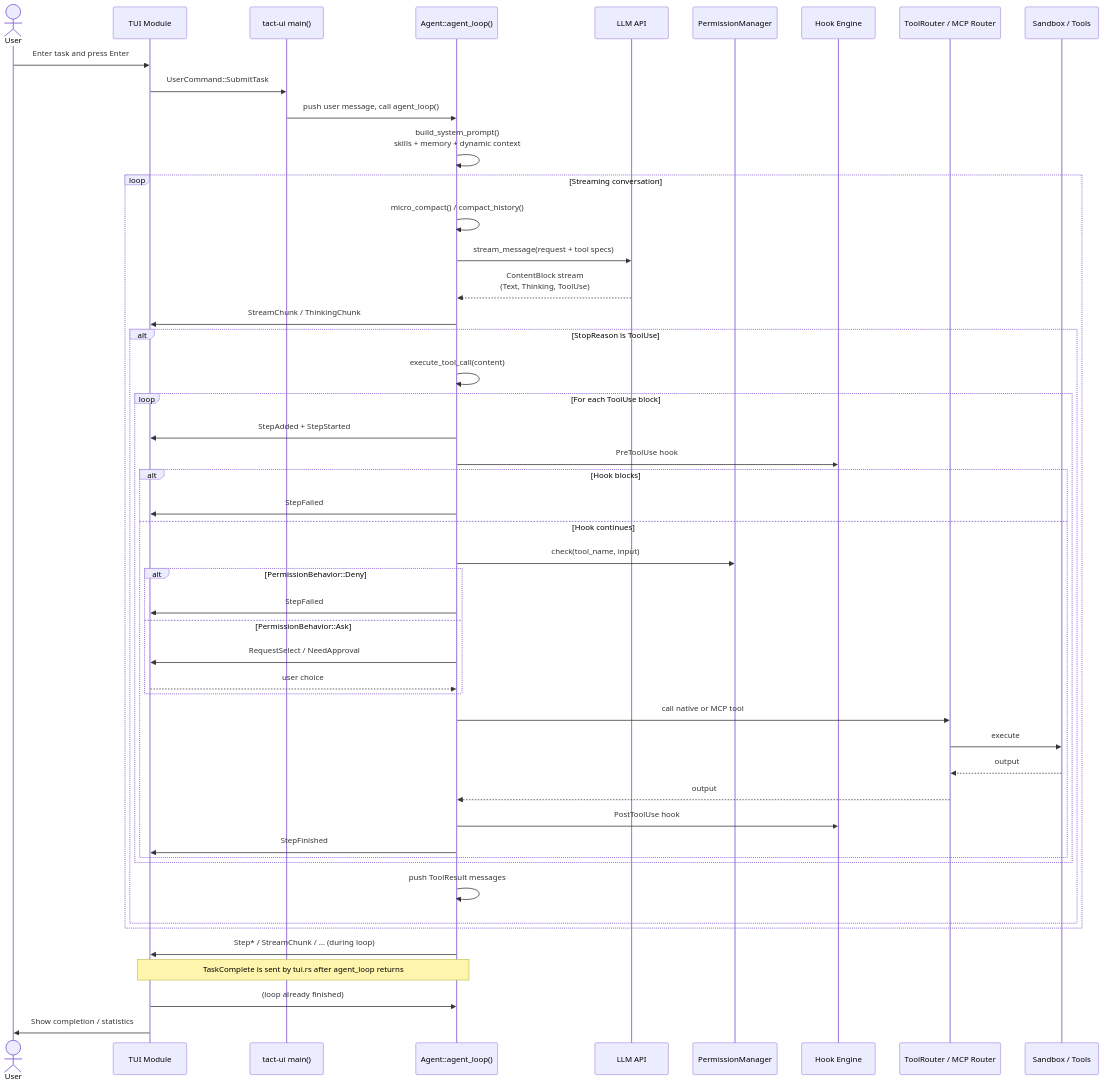
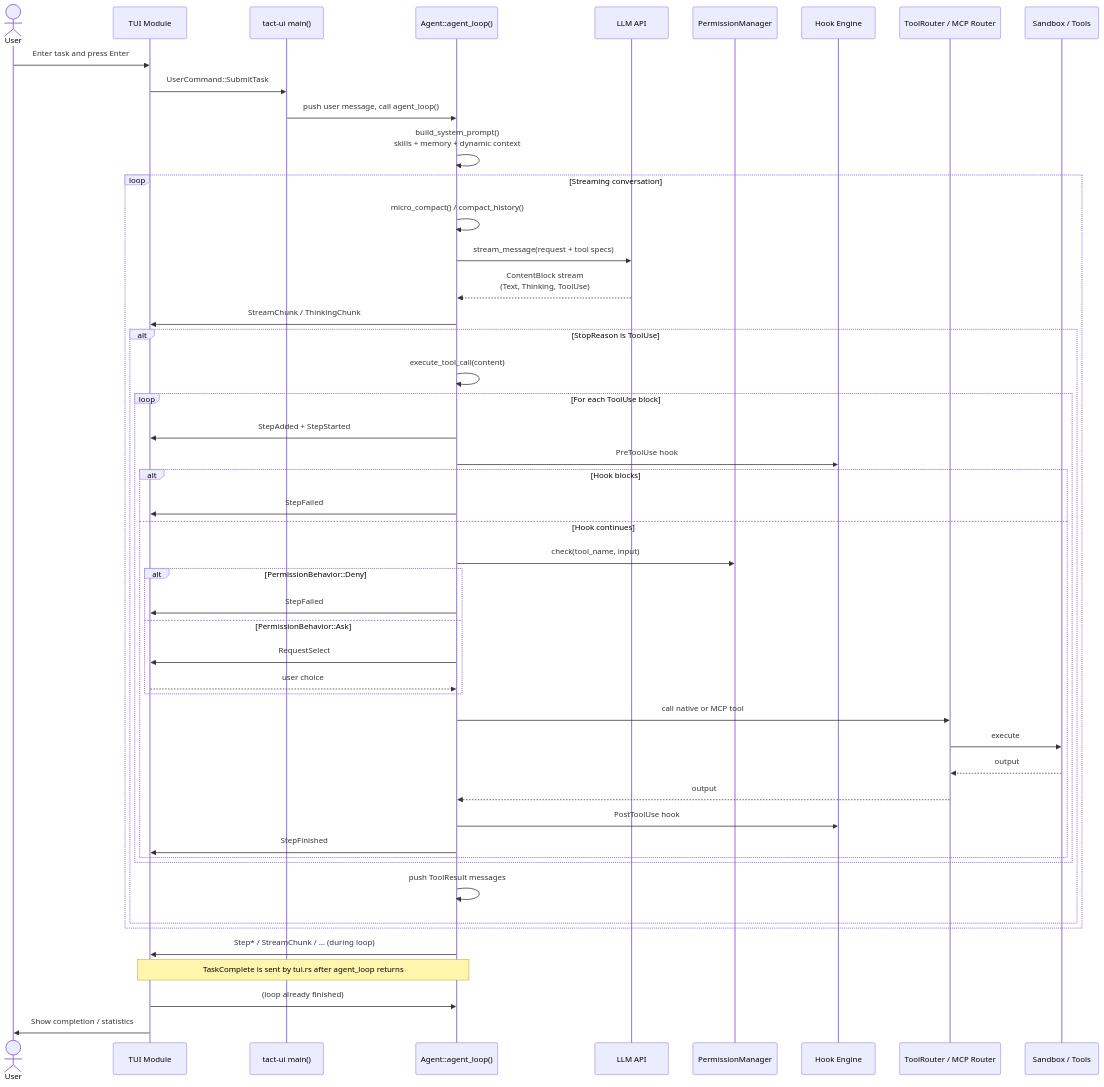
One commit to rust-infra/tact changed the third of 10 diagrams in ARCHITECTURE.md. Above: the diagram before and after it, drawn with Mermaid. The commit also changed other lines of this file and 15 other files, not shown here.

````diff
--- a/ARCHITECTURE.md
+++ b/ARCHITECTURE.md
@@ -156,55 +156,55 @@
 ```mermaid
 sequenceDiagram
     actor U as User
     participant TUI as TUI Module
     participant Main as tact-ui main()
     participant Agent as Agent::agent_loop()
     participant LLM as LLM API
     participant Perm as PermissionManager
     participant Hook as Hook Engine
     participant TR as ToolRouter / MCP Router
     participant SB as Sandbox / Tools
 
     U ->> TUI: Enter task and press Enter
     TUI ->> Main: UserCommand::SubmitTask
     Main ->> Agent: push user message, call agent_loop()
     Agent ->> Agent: build_system_prompt()<br/>skills + memory + dynamic context
 
     loop Streaming conversation
         Agent ->> Agent: micro_compact() / compact_history()
         Agent ->> LLM: stream_message(request + tool specs)
         LLM -->> Agent: ContentBlock stream<br/>(Text, Thinking, ToolUse)
         Agent ->> TUI: StreamChunk / ThinkingChunk
 
         alt StopReason is ToolUse
             Agent ->> Agent: execute_tool_call(content)
             loop For each ToolUse block
                 Agent ->> TUI: StepAdded + StepStarted
                 Agent ->> Hook: PreToolUse hook
                 alt Hook blocks
                     Agent ->> TUI: StepFailed
                 else Hook continues
                     Agent ->> Perm: check(tool_name, input)
                     alt PermissionBehavior::Deny
                         Agent ->> TUI: StepFailed
                     else PermissionBehavior::Ask
-                        Agent ->> TUI: RequestSelect / NeedApproval
+                        Agent ->> TUI: RequestSelect
                         TUI -->> Agent: user choice
                     end
                     Agent ->> TR: call native or MCP tool
                     TR ->> SB: execute
                     SB -->> TR: output
                     TR -->> Agent: output
                     Agent ->> Hook: PostToolUse hook
                     Agent ->> TUI: StepFinished
                 end
             end
             Agent ->> Agent: push ToolResult messages
         end
     end
 
     Agent ->> TUI: Step* / StreamChunk / … (during loop)
     Note over Agent,TUI: TaskComplete is sent by tui.rs after agent_loop returns
     TUI ->> Agent: (loop already finished)
     TUI ->> U: Show completion / statistics
 ```
````
